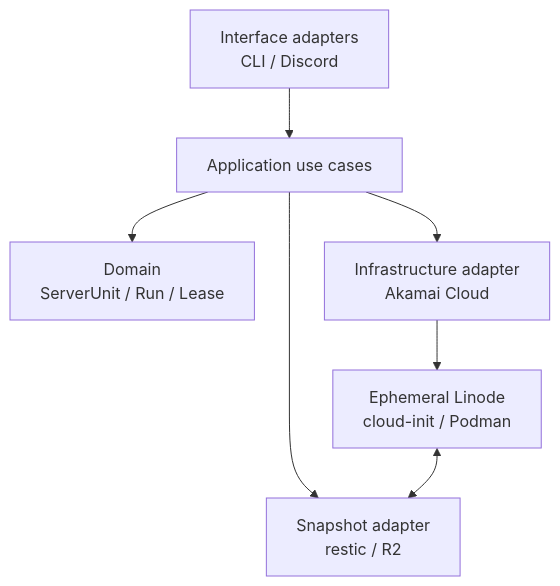
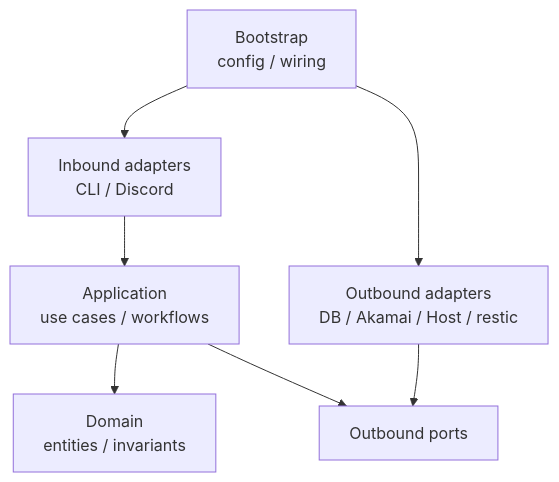
Before and after one commit to barn0w1/mc-control-plane: the diagram in docs/architecture.md, drawn with Mermaid. The commit also changed other lines of this file and 3 other files, not shown here.

````diff
--- a/docs/architecture.md
+++ b/docs/architecture.md
@@ -22,9 +28,9 @@
 ```mermaid
 flowchart TD
-    Interface["Interface adapters<br/>CLI / Discord"] --> Application["Application use cases"]
-    Application --> Domain["Domain<br/>ServerUnit / Run / Lease"]
-    Application --> Infra["Infrastructure adapter<br/>Akamai Cloud"]
-    Application --> Snapshot["Snapshot adapter<br/>restic / R2"]
-    Infra --> Runtime["Ephemeral Linode<br/>cloud-init / Podman"]
-    Runtime <--> Snapshot
+    Inbound["Inbound adapters<br/>CLI / Discord"] --> Application["Application<br/>use cases / workflows"]
+    Application --> Domain["Domain<br/>entities / invariants"]
+    Application --> Ports["Outbound ports"]
+    Outbound["Outbound adapters<br/>DB / Akamai / Host / restic"] --> Ports
+    Bootstrap["Bootstrap<br/>config / wiring"] --> Inbound
+    Bootstrap --> Outbound
 ```
````
